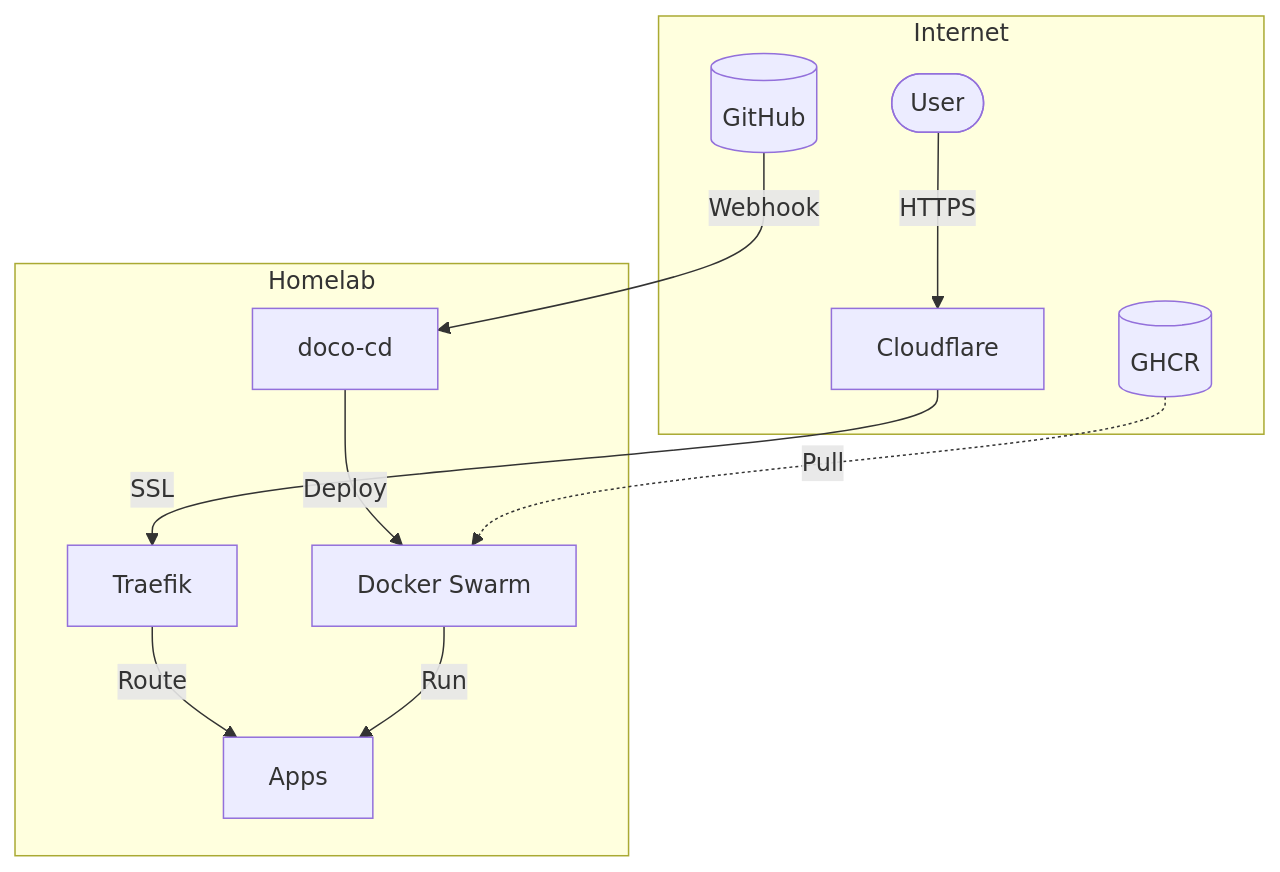
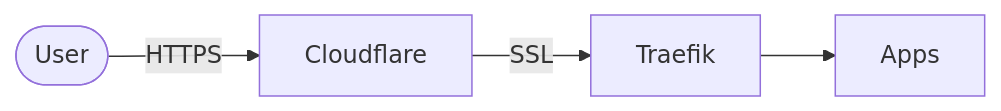
Before and after one commit to wajeht/home-ops: the first of 2 diagrams in README.md, drawn with Mermaid. The commit also changed other lines of this file, not shown here.

Commit message:
docs: improve overview diagrams in readme

````diff
--- a/README.md
+++ b/README.md
@@ -14,20 +14,4 @@
 ```mermaid
-flowchart TB
-    subgraph Internet
-        User([User])
-        Cloudflare[Cloudflare]
-        GitHub[(GitHub)]
-        GHCR[(GHCR)]
-    end
-
-    subgraph Homelab
-        Traefik[Traefik]
-        DocoCd[doco-cd]
-        Swarm[Docker Swarm]
-        Apps[Apps]
-    end
-
-    User -->|HTTPS| Cloudflare -->|SSL| Traefik -->|Route| Apps
-    GitHub -->|Webhook| DocoCd -->|Deploy| Swarm -->|Run| Apps
-    GHCR -.->|Pull| Swarm
+flowchart LR
+    User([User]) -->|HTTPS| Cloudflare -->|SSL| Traefik --> Apps
 ```
````
